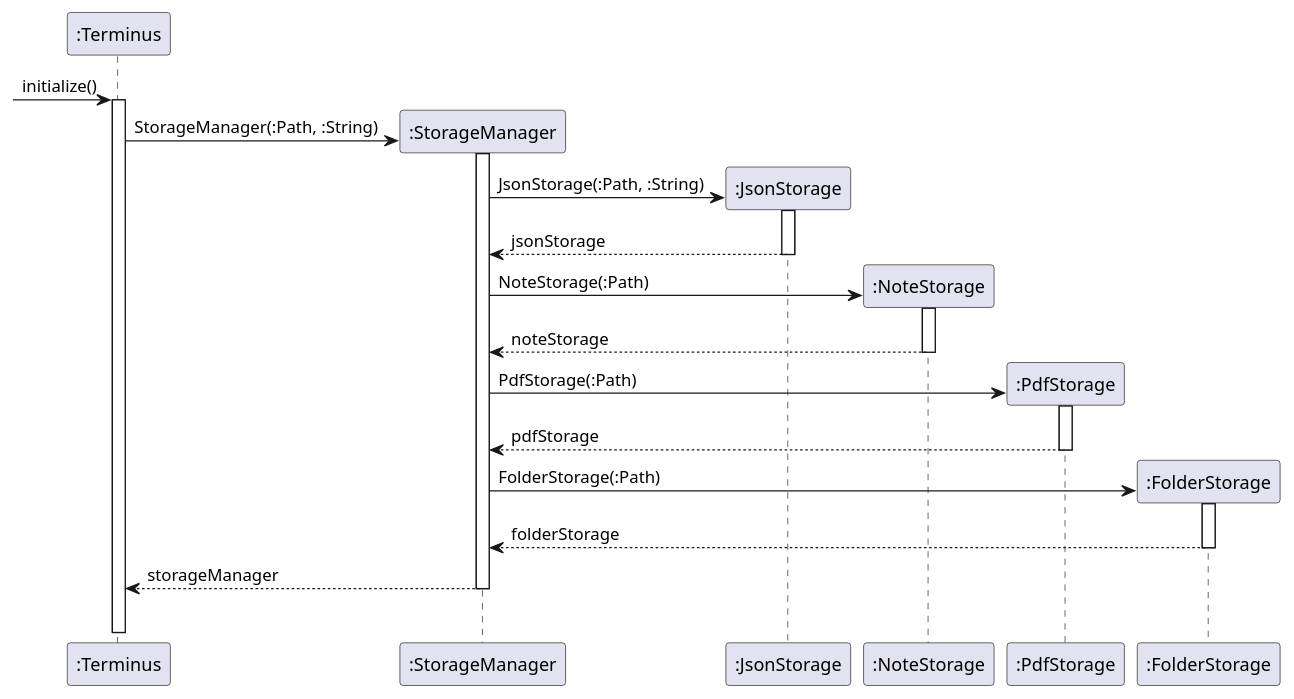
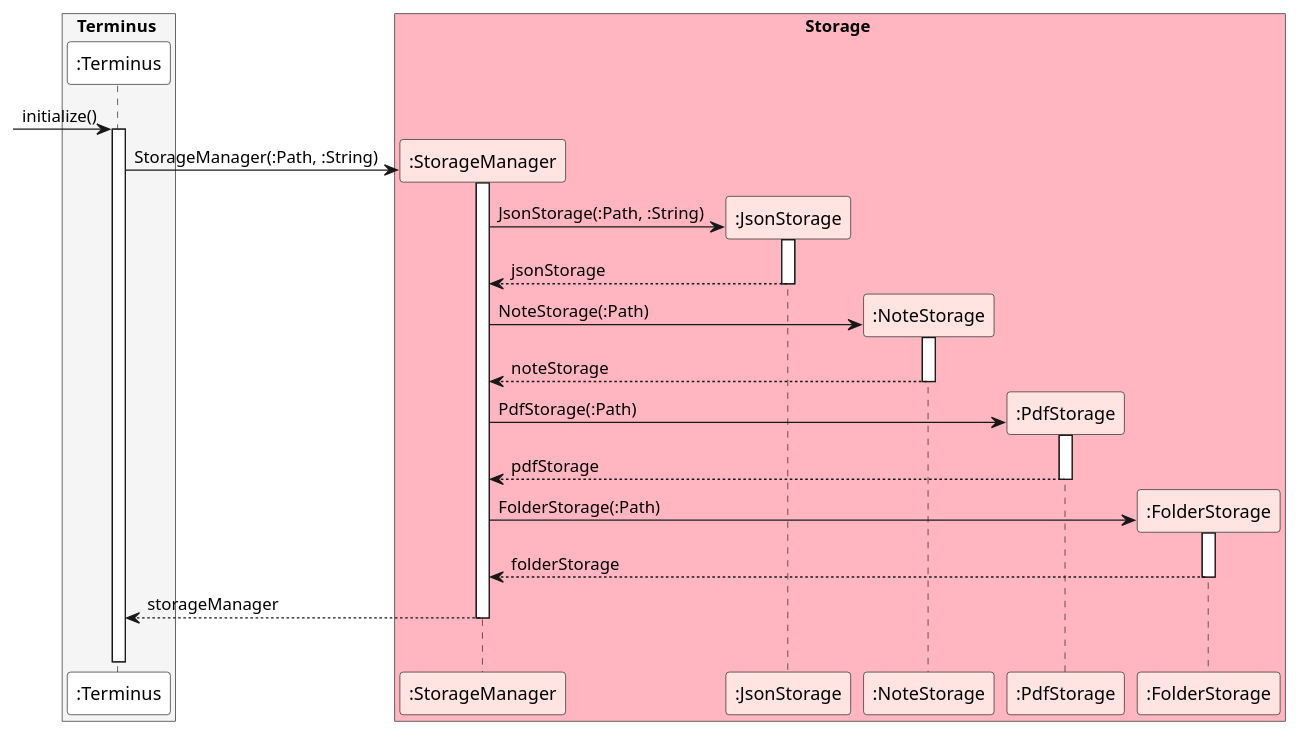
One commit to nus-cs2113-AY2122S1/tp changed the diagram in docs/uml/storage/StorageInitializeSequenceDiagram.puml. Above: the diagram before and after it, drawn with PlantUML. The commit also changed 8 other files, not shown here.

Commit message:
Add loading sequence diagram for storage in DG

```diff
--- a/docs/uml/storage/StorageInitializeSequenceDiagram.puml
+++ b/docs/uml/storage/StorageInitializeSequenceDiagram.puml
@@ -1,38 +1,41 @@
 @startuml
 'https://plantuml.com/sequence-diagram
 
-participant ":Terminus" as Terminus
-participant ":StorageManager" as StorageManager
+box Terminus #whitesmoke
+participant ":Terminus" as Terminus #white
+endbox
 
-participant ":JsonStorage" as JsonStorage
-participant ":NoteStorage" as NoteStorage
-participant ":PdfStorage" as PdfStorage
-participant ":FolderStorage" as FolderStorage
-
+box Storage #lightpink
+participant ":StorageManager" as StorageManager #mistyrose
+participant ":JsonStorage" as JsonStorage #mistyrose
+participant ":NoteStorage" as NoteStorage #mistyrose
+participant ":PdfStorage" as PdfStorage #mistyrose
+participant ":FolderStorage" as FolderStorage #mistyrose
+endbox
 
 -> Terminus : initialize()
 activate Terminus
 
 create StorageManager
   Terminus -> StorageManager : StorageManager(:Path, :String)
   activate StorageManager
     create JsonStorage
       StorageManager -> JsonStorage : JsonStorage(:Path, :String)
       activate JsonStorage
     return jsonStorage
     create NoteStorage
       StorageManager -> NoteStorage : NoteStorage(:Path)
       activate NoteStorage
     return noteStorage
     create PdfStorage
       StorageManager -> PdfStorage : PdfStorage(:Path)
       activate PdfStorage
     return pdfStorage
     create FolderStorage
       StorageManager -> FolderStorage : FolderStorage(:Path)
       activate FolderStorage
     return folderStorage
   return storageManager
 |||
 
 @enduml
```
